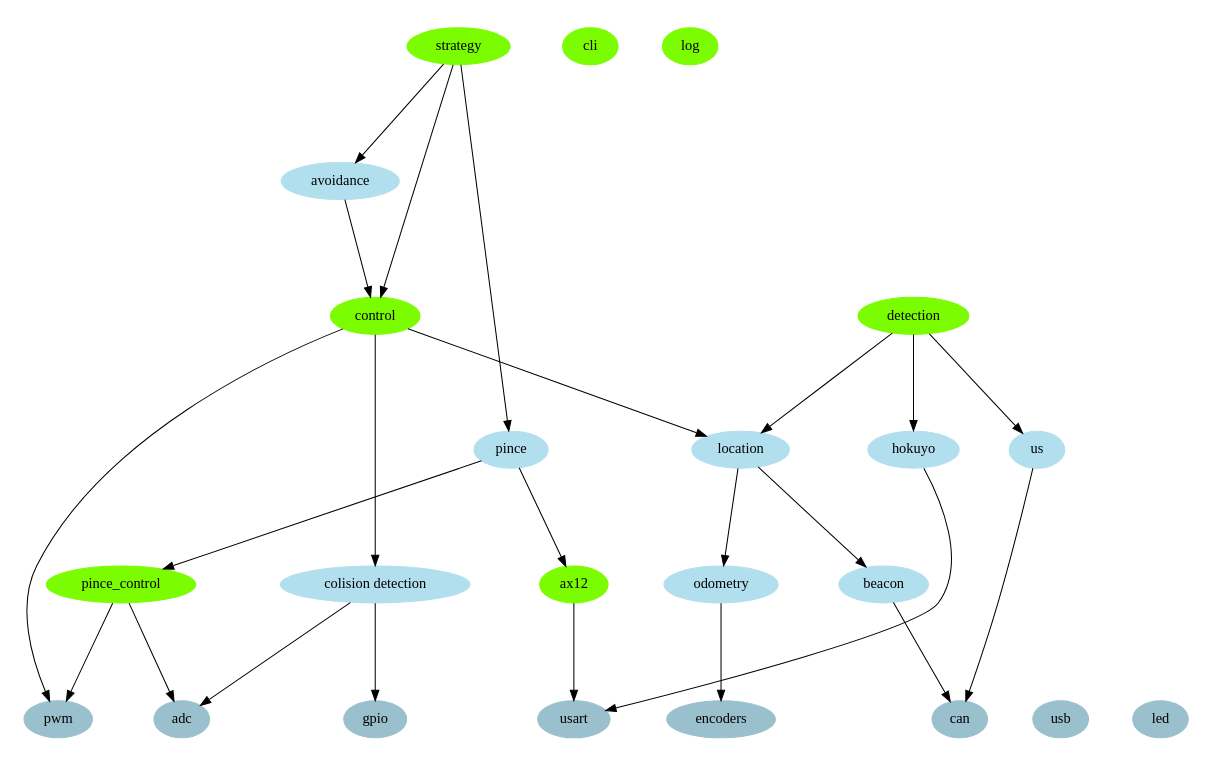
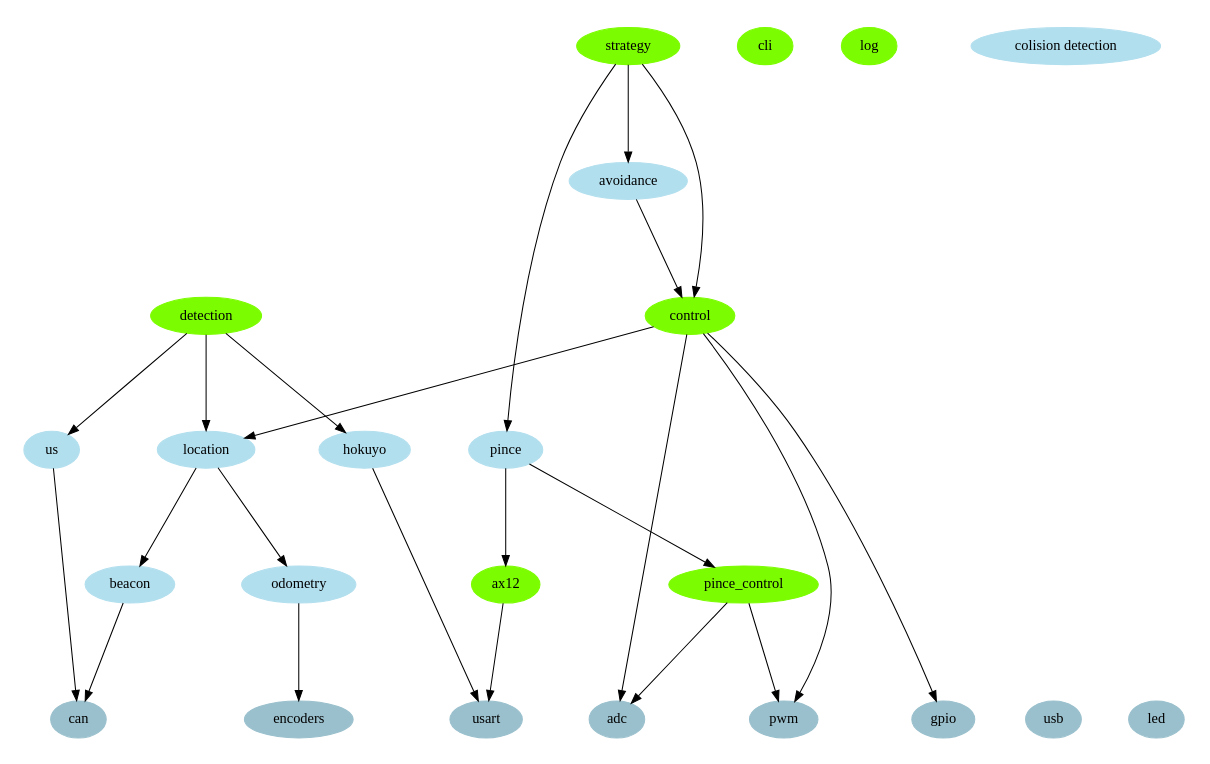
The diagram in doc/graph/architecture.dot (jbtredez/Atlantronic), drawn with Graphviz before and after one commit.

Commit message:
mise a jour doc

```diff
--- a/doc/graph/architecture.dot
+++ b/doc/graph/architecture.dot
@@ -1,67 +1,66 @@
 digraph robot
 {
 	ratio=fill;
 	size="16,10";
 	center=true;
 
 	// modules - taches
 	node [color=lawngreen, style=filled ]
 	strategy
 	control
 	cli
 	log
 	ax12
 	detection
 	pince_control
 
 	// modules - fonctions
 	node [color=lightblue2, style=filled ]
 	avoidance
 	"colision detection"
 	location
 	odometry
 	beacon
 	pince
 	us
 	hokuyo
 
 	// io
 	node [color=lightblue3, style=filled ]
 	{
 		rank=same;
 		adc
 		gpio
 		pwm
 		encoders
 		usb
 		can
 		usart
 		led
 	}
 
 	// liens
 	strategy -> avoidance
 	strategy -> control
 	strategy -> pince
 	avoidance -> control
-	control -> "colision detection"
+	control -> adc
+	control -> gpio
 	control -> location
-	"colision detection" -> adc
-	"colision detection" -> gpio
 	location -> odometry
 	location -> beacon
 	pince -> ax12
 	pince -> pince_control
 	pince_control -> pwm
 	pince_control -> adc
 	detection -> hokuyo
 	detection -> us
 	detection -> location
 
 	hokuyo -> usart
 	ax12 -> "usart"
 	us -> "can"
 	beacon -> "can"
 	odometry -> "encoders"
 	control -> "pwm"
 }
```
